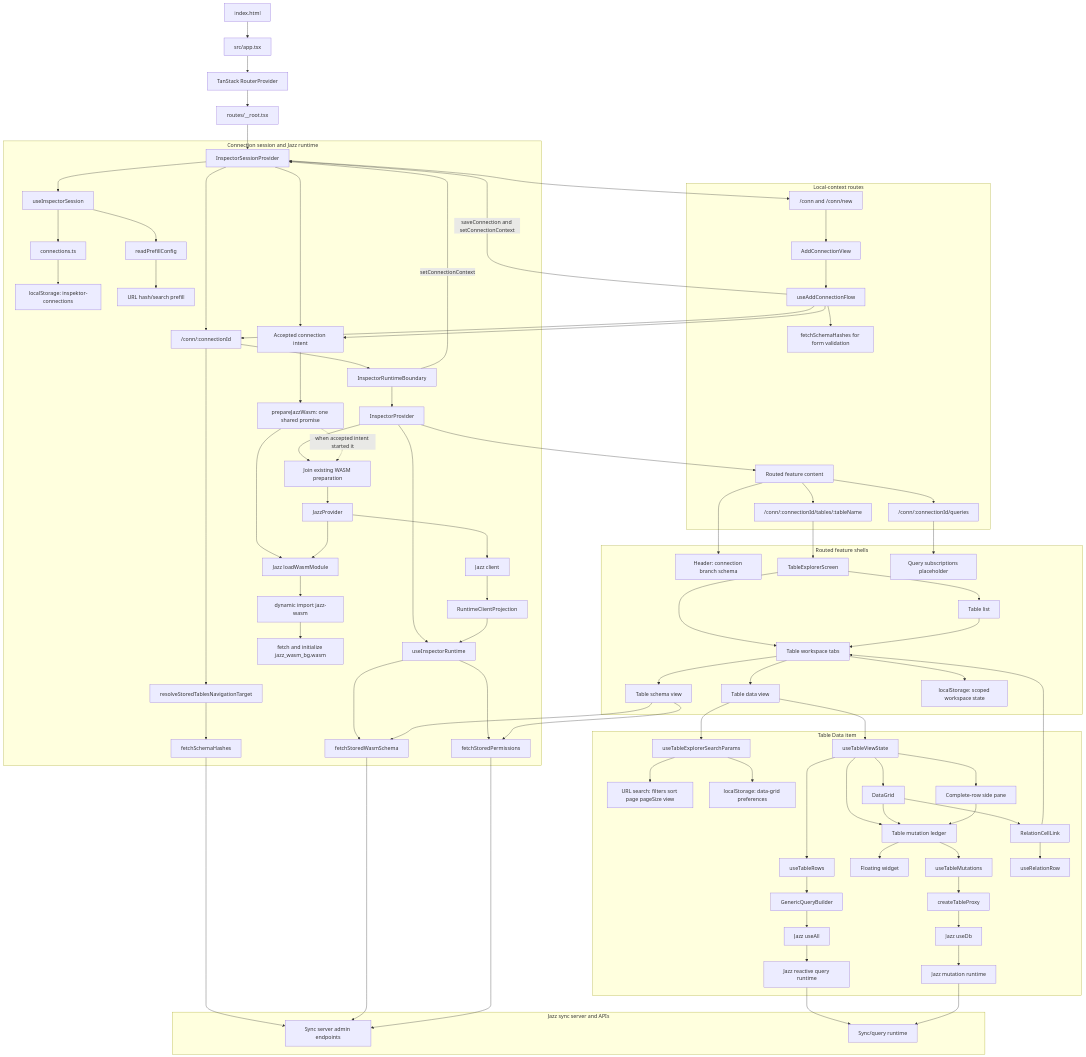
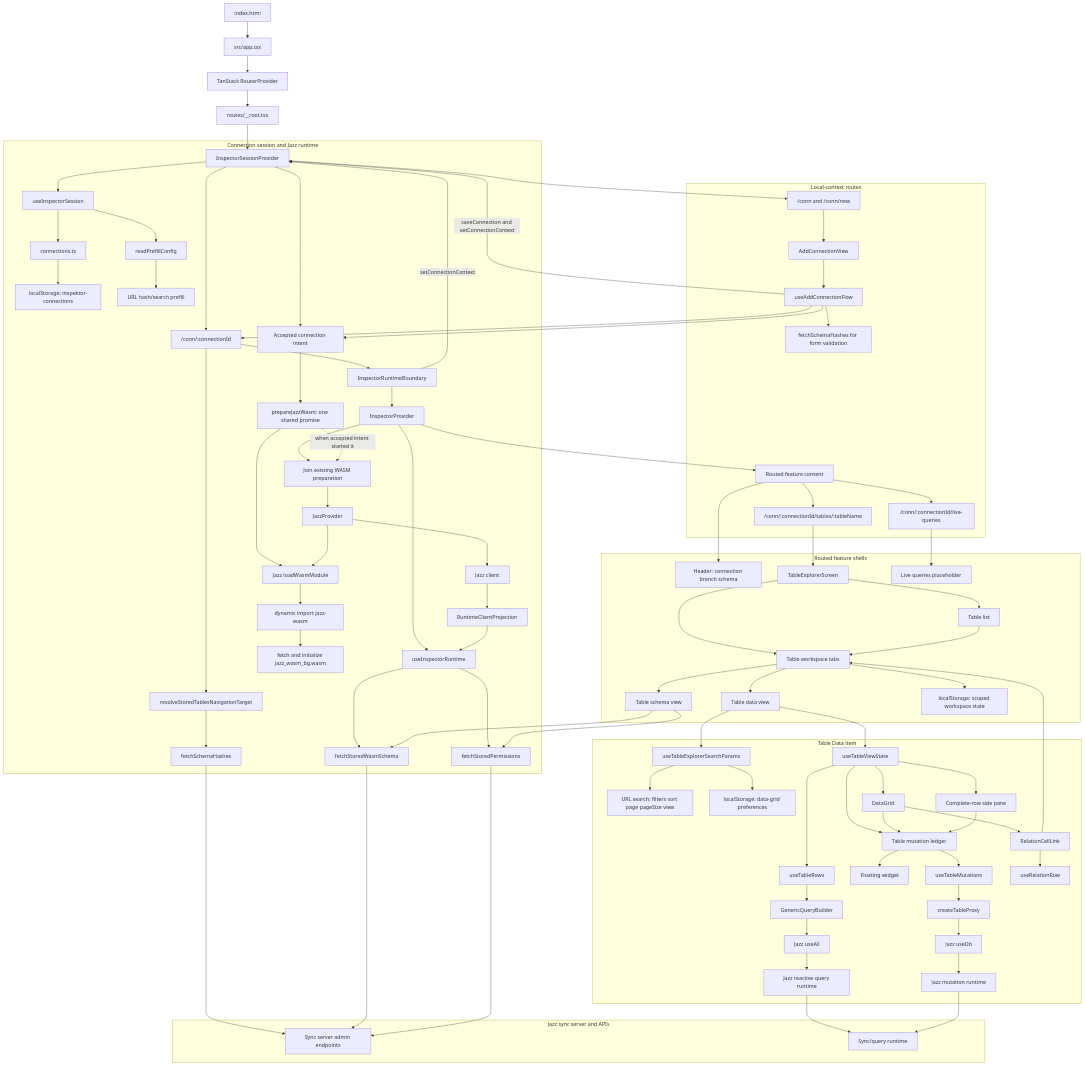
One commit to cleminso/inspektor changed the diagram in docs/design-document.md. Above: the diagram before and after it, drawn with Mermaid. The commit also changed other lines of this file and 31 other files, not shown here.

Commit message:
rename Queries workspace to Live queries

```diff
--- a/docs/design-document.md
+++ b/docs/design-document.md
@@ -139,7 +139,7 @@
       AddConnectionFlow --> ConnectionRoute
 
       RoutedFeatures --> TablesRoute["/conn/:connectionId/tables/:tableName"]
-      RoutedFeatures --> QueryRoute["/conn/:connectionId/queries"]
+      RoutedFeatures --> QueryRoute["/conn/:connectionId/live-queries"]
     end
 
     subgraph WorkbenchFlow["Routed feature shells"]
@@ -151,7 +151,7 @@
       WorkspaceItems --> SchemaItem["Table schema view"]
       WorkspaceItems --> WorkspaceStorage["localStorage: scoped workspace state"]
       TablesNavigator --> WorkspaceItems
-      QueryRoute --> QueryPlaceholder["Query subscriptions placeholder"]
+      QueryRoute --> QueryPlaceholder["Live queries placeholder"]
     end
 
     subgraph TableExplorerFlow["Table Data item"]
```
